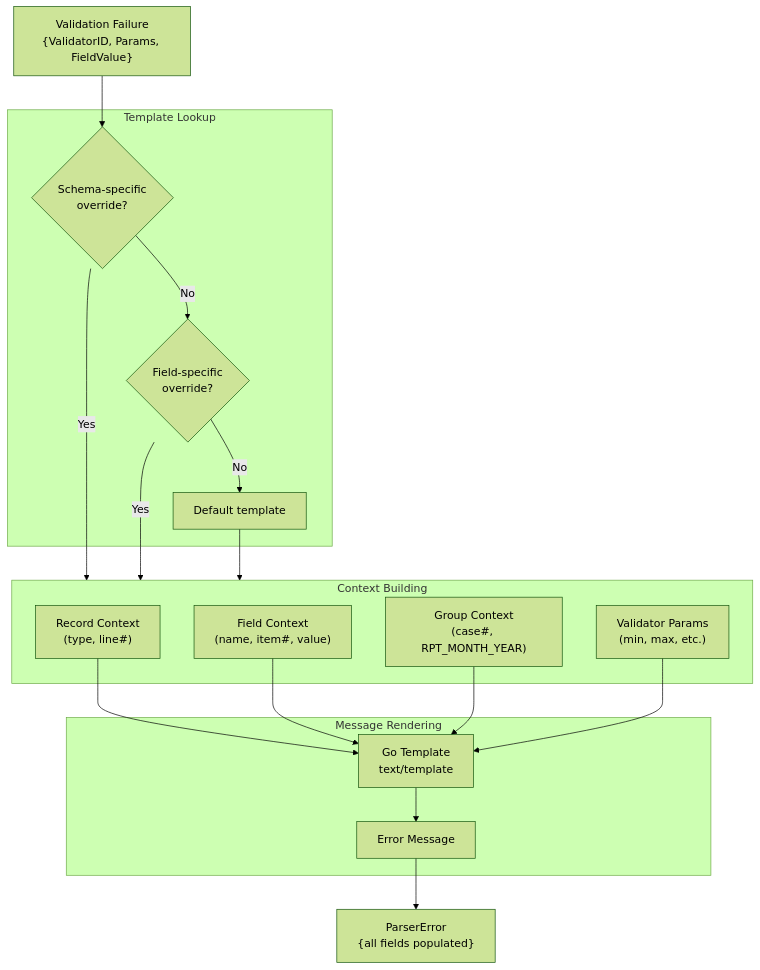
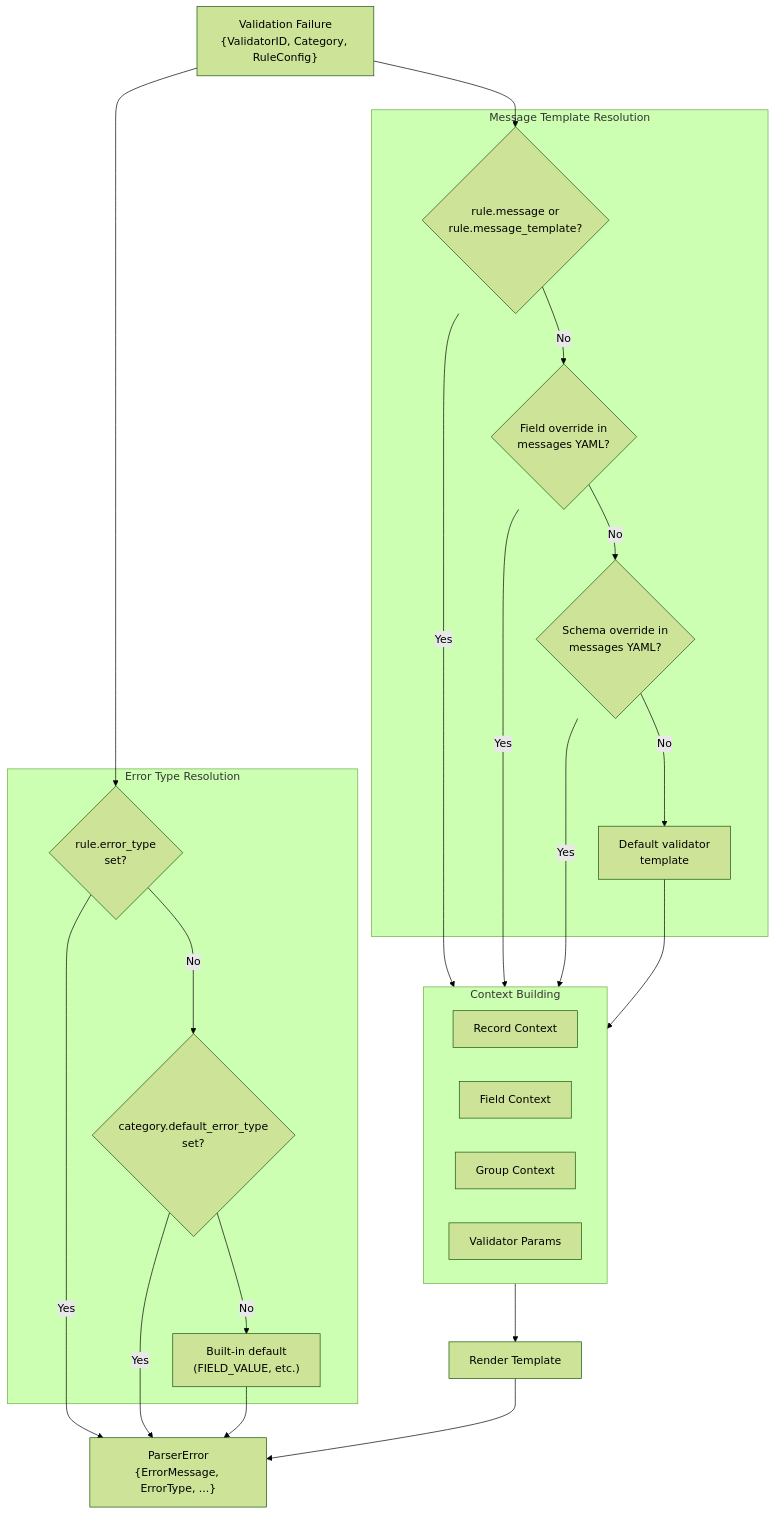
One commit to HHS/TANF-app changed the seventh of 11 diagrams in tdrs-backend/tdpservice/parsers/go-parser/docs/validation-diagrams.md. Above: the diagram before and after it, drawn with Mermaid (forest theme). The commit also changed other lines of this file and 2 other files, not shown here.

Commit message:
- Configurable templates and explicit messages per validator if needed.

````diff
--- a/tdrs-backend/tdpservice/parsers/go-parser/docs/validation-diagrams.md
+++ b/tdrs-backend/tdpservice/parsers/go-parser/docs/validation-diagrams.md
@@ -237,33 +237,43 @@
 ```mermaid
 flowchart TB
-    FAILURE["Validation Failure<br/>{ValidatorID, Params, FieldValue}"]
+    FAILURE["Validation Failure<br/>{ValidatorID, Category, RuleConfig}"]
 
-    subgraph LOOKUP["Template Lookup"]
-        CHECK1{"Schema-specific<br/>override?"}
-        CHECK2{"Field-specific<br/>override?"}
-        DEFAULT["Default template"]
+    subgraph MSG_RESOLVE["Message Template Resolution"]
+        MSG_P1{"rule.message or<br/>rule.message_template?"}
+        MSG_P2{"Field override in<br/>messages YAML?"}
+        MSG_P3{"Schema override in<br/>messages YAML?"}
+        MSG_DEFAULT["Default validator<br/>template"]
+    end
+
+    subgraph ERR_RESOLVE["Error Type Resolution"]
+        ERR_P1{"rule.error_type<br/>set?"}
+        ERR_P2{"category.default_error_type<br/>set?"}
+        ERR_DEFAULT["Built-in default<br/>(FIELD_VALUE, etc.)"]
     end
 
     subgraph BUILD["Context Building"]
-        RECORD_CTX["Record Context<br/>(type, line#)"]
-        FIELD_CTX["Field Context<br/>(name, item#, value)"]
-        GROUP_CTX["Group Context<br/>(case#, RPT_MONTH_YEAR)"]
-        PARAMS_CTX["Validator Params<br/>(min, max, etc.)"]
+        RECORD_CTX["Record Context"]
+        FIELD_CTX["Field Context"]
+        GROUP_CTX["Group Context"]
+        PARAMS_CTX["Validator Params"]
     end
 
-    subgraph RENDER["Message Rendering"]
-        TEMPLATE["Go Template<br/>text/template"]
-        MESSAGE["Error Message"]
-    end
+    RENDER["Render Template"]
+    PARSER_ERROR["ParserError<br/>{ErrorMessage, ErrorType, ...}"]
 
-    PARSER_ERROR["ParserError<br/>{all fields populated}"]
+    FAILURE --> MSG_P1
+    MSG_P1 -->|Yes| BUILD
+    MSG_P1 -->|No| MSG_P2
+    MSG_P2 -->|Yes| BUILD
+    MSG_P2 -->|No| MSG_P3
+    MSG_P3 -->|Yes| BUILD
+    MSG_P3 -->|No| MSG_DEFAULT --> BUILD
 
-    FAILURE --> CHECK1
-    CHECK1 -->|Yes| BUILD
-    CHECK1 -->|No| CHECK2
-    CHECK2 -->|Yes| BUILD
-    CHECK2 -->|No| DEFAULT --> BUILD
+    FAILURE --> ERR_P1
+    ERR_P1 -->|Yes| PARSER_ERROR
+    ERR_P1 -->|No| ERR_P2
+    ERR_P2 -->|Yes| PARSER_ERROR
+    ERR_P2 -->|No| ERR_DEFAULT --> PARSER_ERROR
 
-    RECORD_CTX & FIELD_CTX & GROUP_CTX & PARAMS_CTX --> TEMPLATE
-    TEMPLATE --> MESSAGE --> PARSER_ERROR
+    BUILD --> RENDER --> PARSER_ERROR
 ```
````
